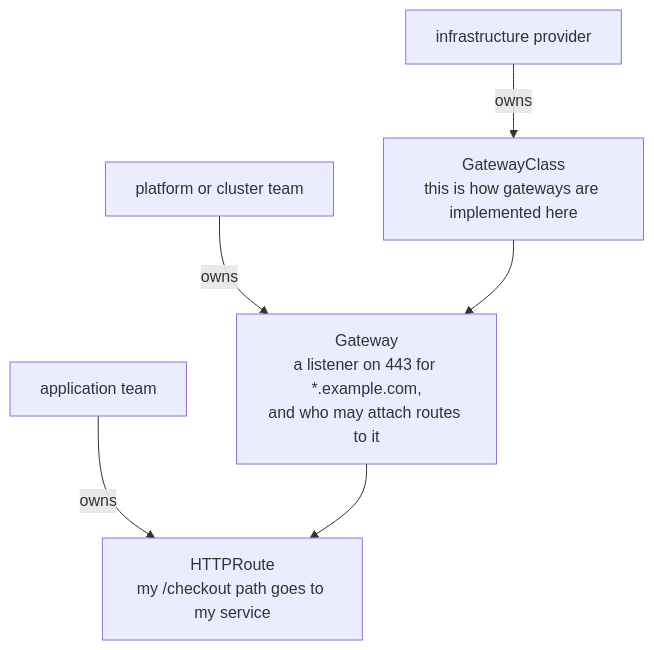
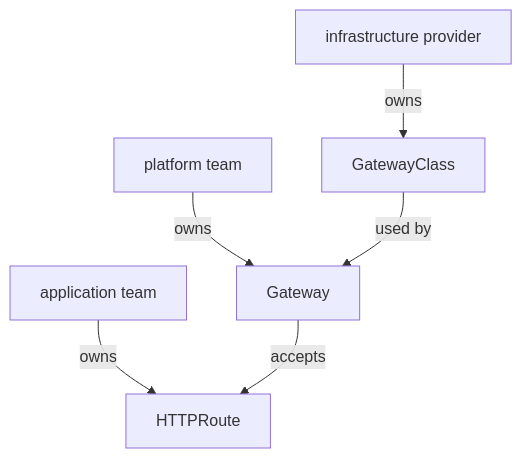
One commit to astrona-io/ATS014 changed the diagram in sections/section-060/module-03/course-01-three-objects-three-owners.md. Above: the diagram before and after it, drawn with Mermaid. The commit also changed other lines of this file and 444 other files, not shown here.

````diff
--- a/sections/section-060/module-03/course-01-three-objects-three-owners.md
+++ b/sections/section-060/module-03/course-01-three-objects-three-owners.md
@@ -36,8 +34,8 @@
 ```mermaid
-flowchart TD
-    I["infrastructure provider"] -->|"owns"| GC["GatewayClass<br/>this is how gateways are implemented here"]
-    P["platform or cluster team"] -->|"owns"| G["Gateway<br/>a listener on 443 for *.example.com,<br/>and who may attach routes to it"]
-    A["application team"] -->|"owns"| R["HTTPRoute<br/>my /checkout path goes to my service"]
-    GC --> G
-    G --> R
+flowchart TB
+    I["infrastructure provider"] -->|"owns"| GC["GatewayClass"]
+    P["platform team"] -->|"owns"| G["Gateway"]
+    A["application team"] -->|"owns"| R["HTTPRoute"]
+    GC -->|"used by"| G
+    G -->|"accepts"| R
 ```
````
